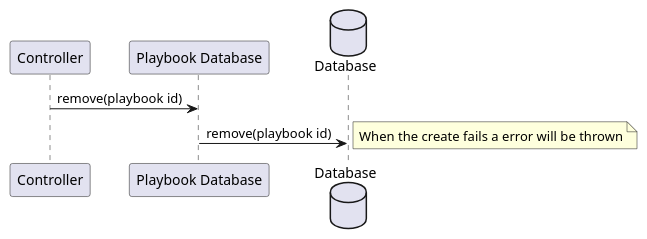
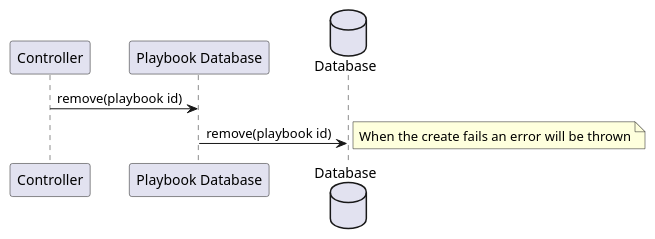
Before and after one commit to COSSAS/SOARCA: the fifth of 6 diagrams in docs/content/en/docs/core-components/database.md, drawn with PlantUML. The commit also changed other lines of this file and 8 other files, not shown here.

````diff
--- a/docs/content/en/docs/core-components/database.md
+++ b/docs/content/en/docs/core-components/database.md
@@ -92,12 +92,12 @@
 ```plantuml
 
 participant Controller as controller
 participant "Playbook Database" as playbook
 database Database as db
 
 controller -> playbook : remove(playbook id)
 playbook -> db : remove(playbook id)
 note right
-    When the create fails a error will be thrown
+    When the create fails an error will be thrown
 end note
 ```
````
